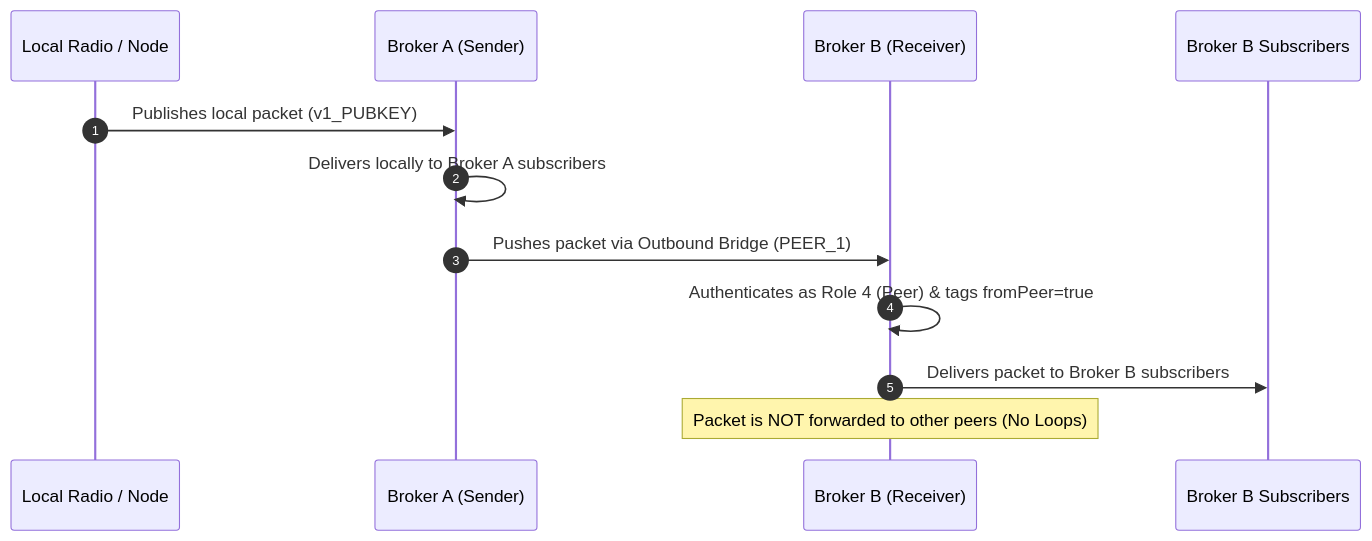
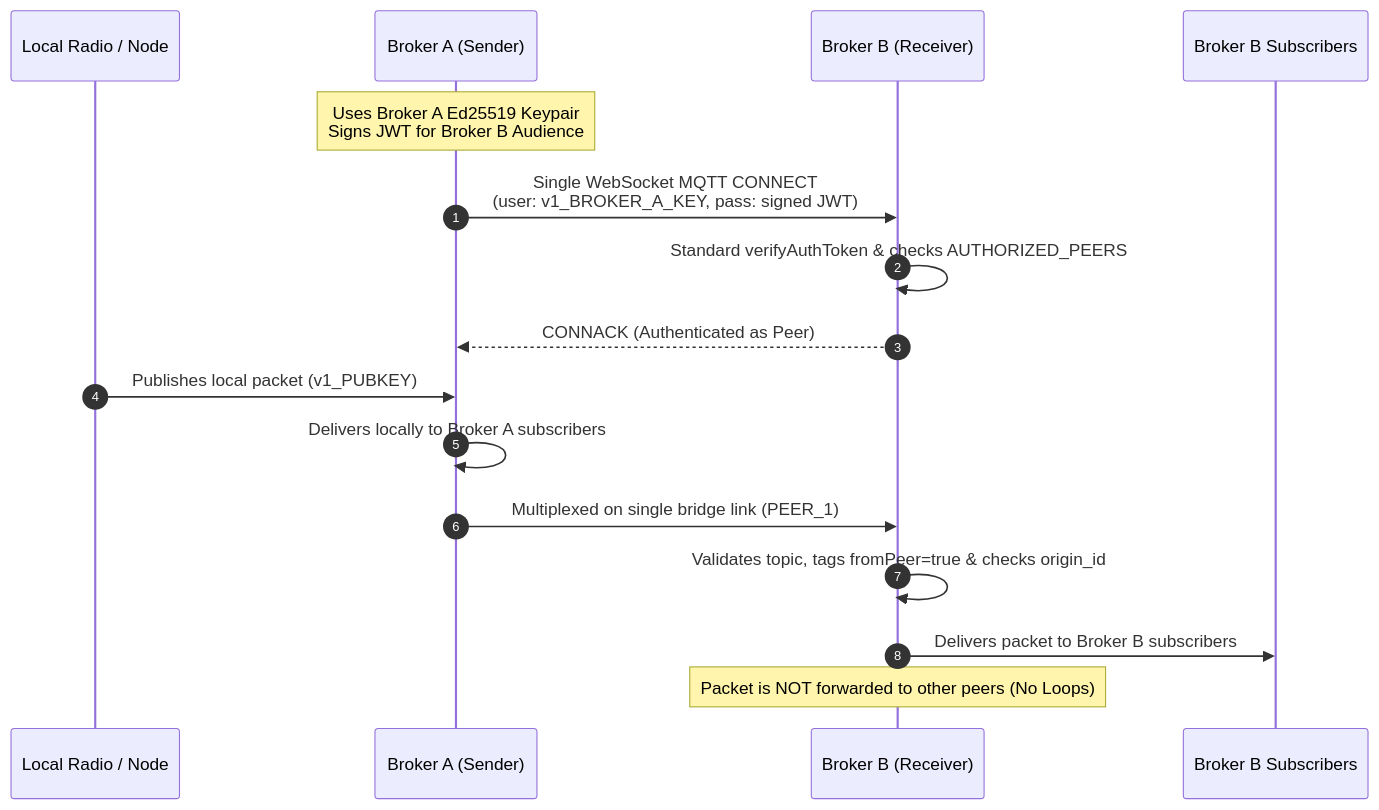
One commit to Dhovin/meshcore-mqtt-broker changed the first of 2 diagrams in docs/broker-peering-guide.md. Above: the diagram before and after it, drawn with Mermaid. The commit also changed other lines of this file and 7 other files, not shown here.

Commit message:
feat: add single-connection MeshCore JWT peer interconnect and auto-token management

````diff
--- a/docs/broker-peering-guide.md
+++ b/docs/broker-peering-guide.md
@@ -26,15 +26,19 @@
 ```mermaid
 sequenceDiagram
     autonumber
     participant Radio as Local Radio / Node
     participant BrokerA as Broker A (Sender)
     participant BrokerB as Broker B (Receiver)
     participant Viewer as Broker B Subscribers
 
+    Note over BrokerA: Uses Broker A Ed25519 Keypair<br/>Signs JWT for Broker B Audience
+    BrokerA->>BrokerB: Single WebSocket MQTT CONNECT<br/>(user: v1_BROKER_A_KEY, pass: signed JWT)
+    BrokerB->>BrokerB: Standard verifyAuthToken & checks AUTHORIZED_PEERS
+    BrokerB-->>BrokerA: CONNACK (Authenticated as Peer)
     Radio->>BrokerA: Publishes local packet (v1_PUBKEY)
     BrokerA->>BrokerA: Delivers locally to Broker A subscribers
-    BrokerA->>BrokerB: Pushes packet via Outbound Bridge (PEER_1)
-    BrokerB->>BrokerB: Authenticates as Role 4 (Peer) & tags fromPeer=true
+    BrokerA->>BrokerB: Multiplexed on single bridge link (PEER_1)
+    BrokerB->>BrokerB: Validates topic, tags fromPeer=true & checks origin_id
     BrokerB->>Viewer: Delivers packet to Broker B subscribers
     Note over BrokerB: Packet is NOT forwarded to other peers (No Loops)
 ```
````
